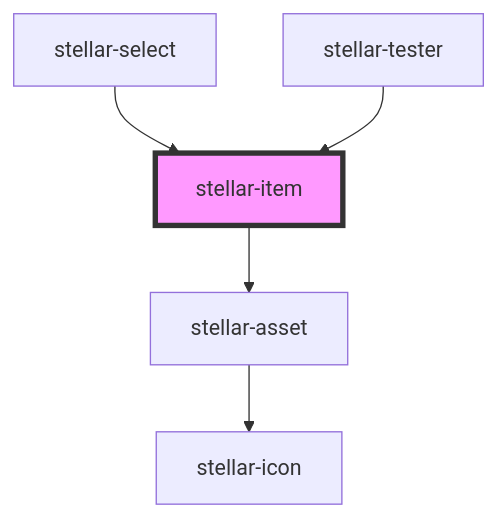
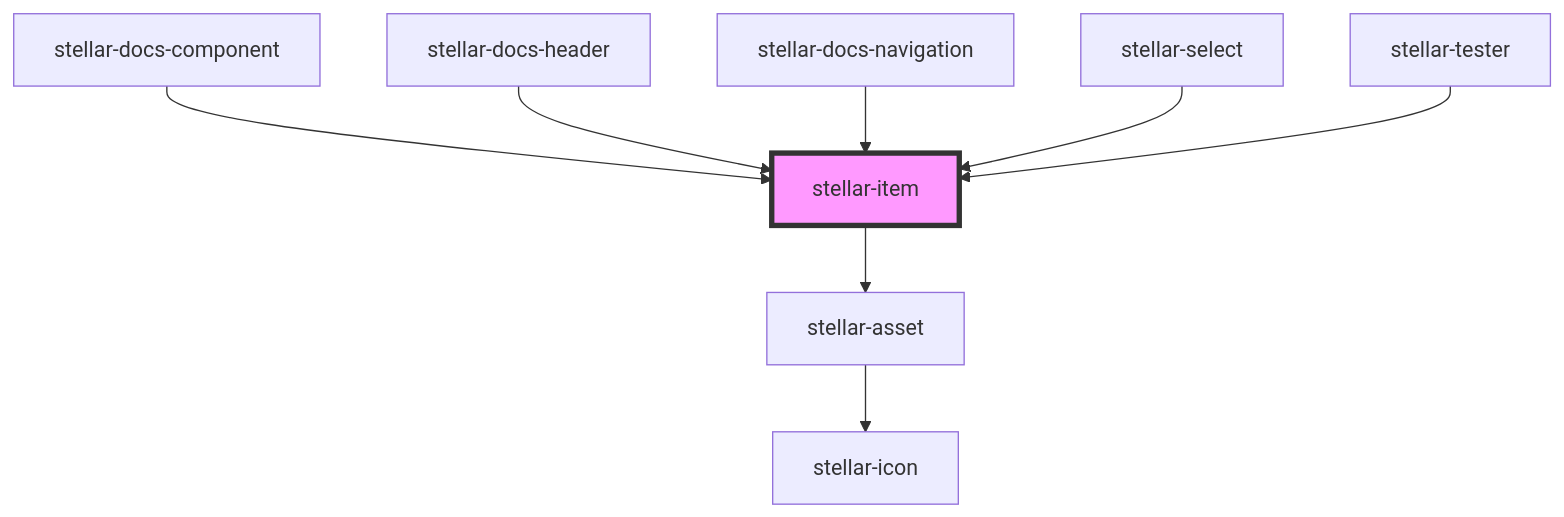
One commit to splitinfinities/Stellar changed the diagram in src/components/forms/item/readme.md. Above: the diagram before and after it, drawn with Mermaid. The commit also changed other lines of this file and 50 other files, not shown here.

````diff
--- a/src/components/forms/item/readme.md
+++ b/src/components/forms/item/readme.md
@@ -97,8 +100,11 @@
 ```mermaid
 graph TD;
   stellar-item --> stellar-asset
   stellar-asset --> stellar-icon
+  stellar-docs-component --> stellar-item
+  stellar-docs-header --> stellar-item
+  stellar-docs-navigation --> stellar-item
   stellar-select --> stellar-item
   stellar-tester --> stellar-item
   style stellar-item fill:#f9f,stroke:#333,stroke-width:4px
 ```
````
